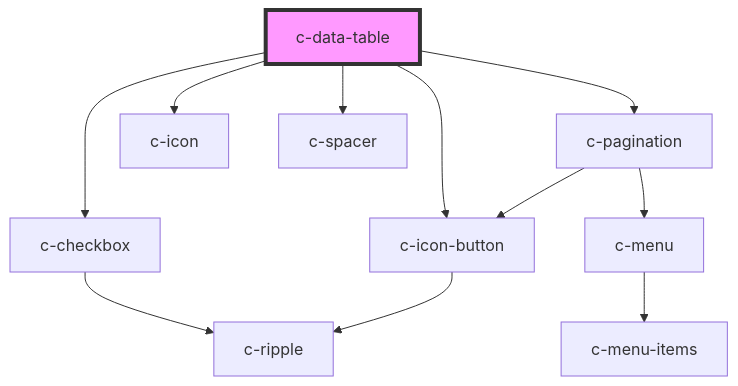
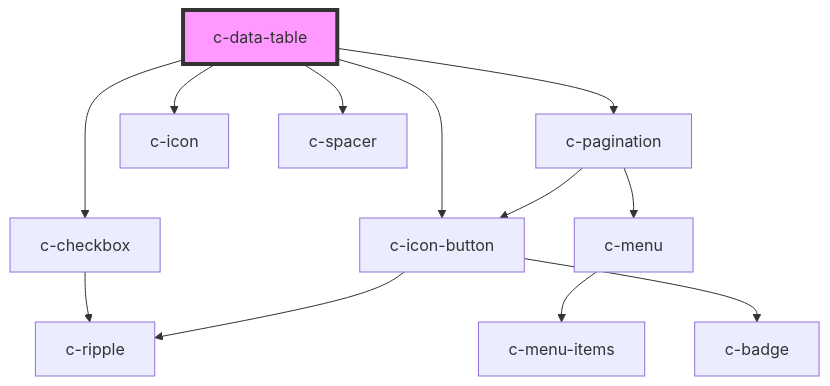
The diagram in packages/csc-ui/src/components/c-data-table/readme.md (CSCfi/ui), drawn with Mermaid before and after one commit. The commit also changed 25 other files, not shown here.

````diff
--- a/packages/csc-ui/src/components/c-data-table/readme.md
+++ b/packages/csc-ui/src/components/c-data-table/readme.md
@@ -75,14 +75,15 @@
 ```mermaid
 graph TD;
   c-data-table --> c-checkbox
   c-data-table --> c-pagination
   c-data-table --> c-icon-button
   c-data-table --> c-icon
   c-data-table --> c-spacer
   c-checkbox --> c-ripple
   c-pagination --> c-menu
   c-pagination --> c-icon-button
   c-menu --> c-menu-items
+  c-icon-button --> c-badge
   c-icon-button --> c-ripple
   style c-data-table fill:#f9f,stroke:#333,stroke-width:4px
 ```
````
